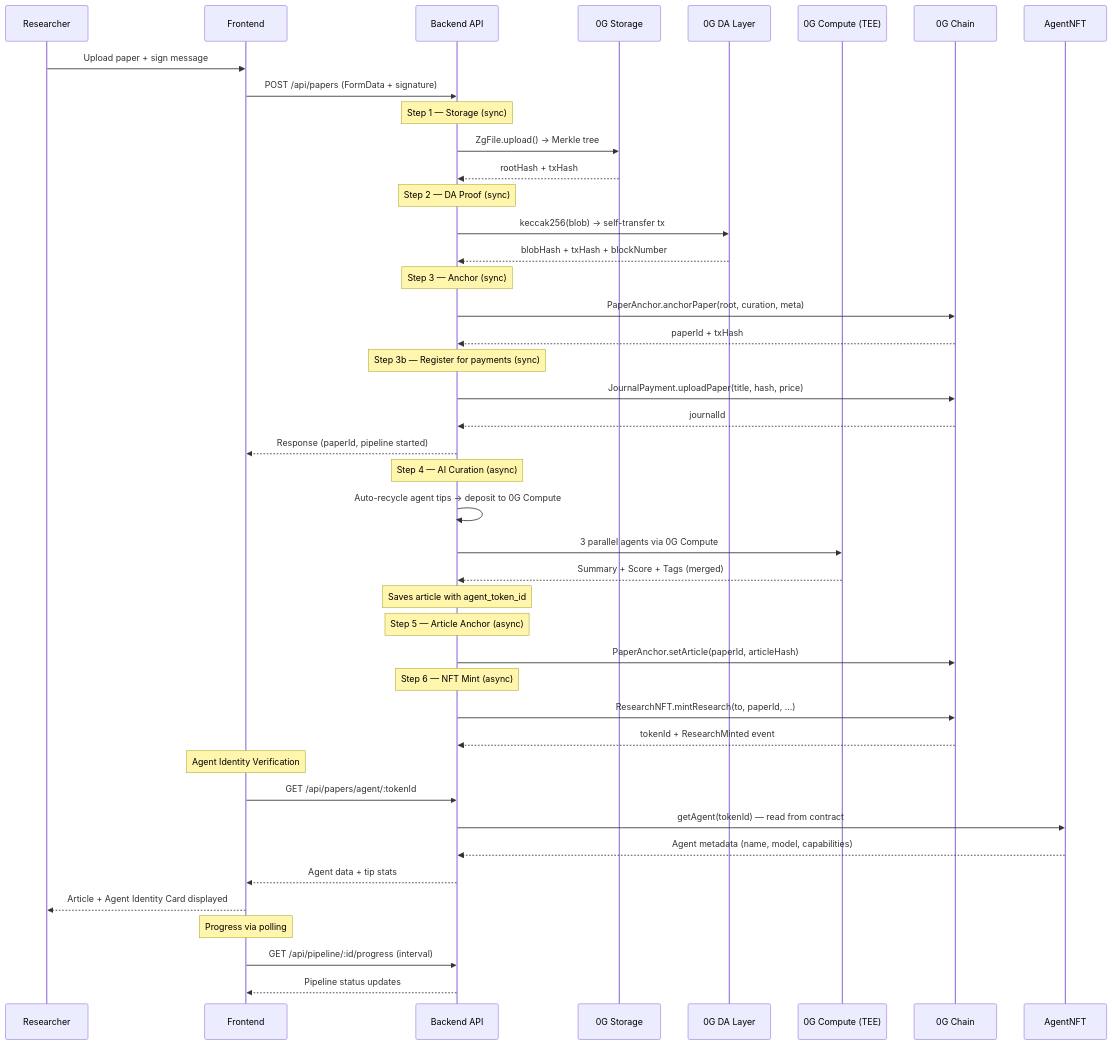
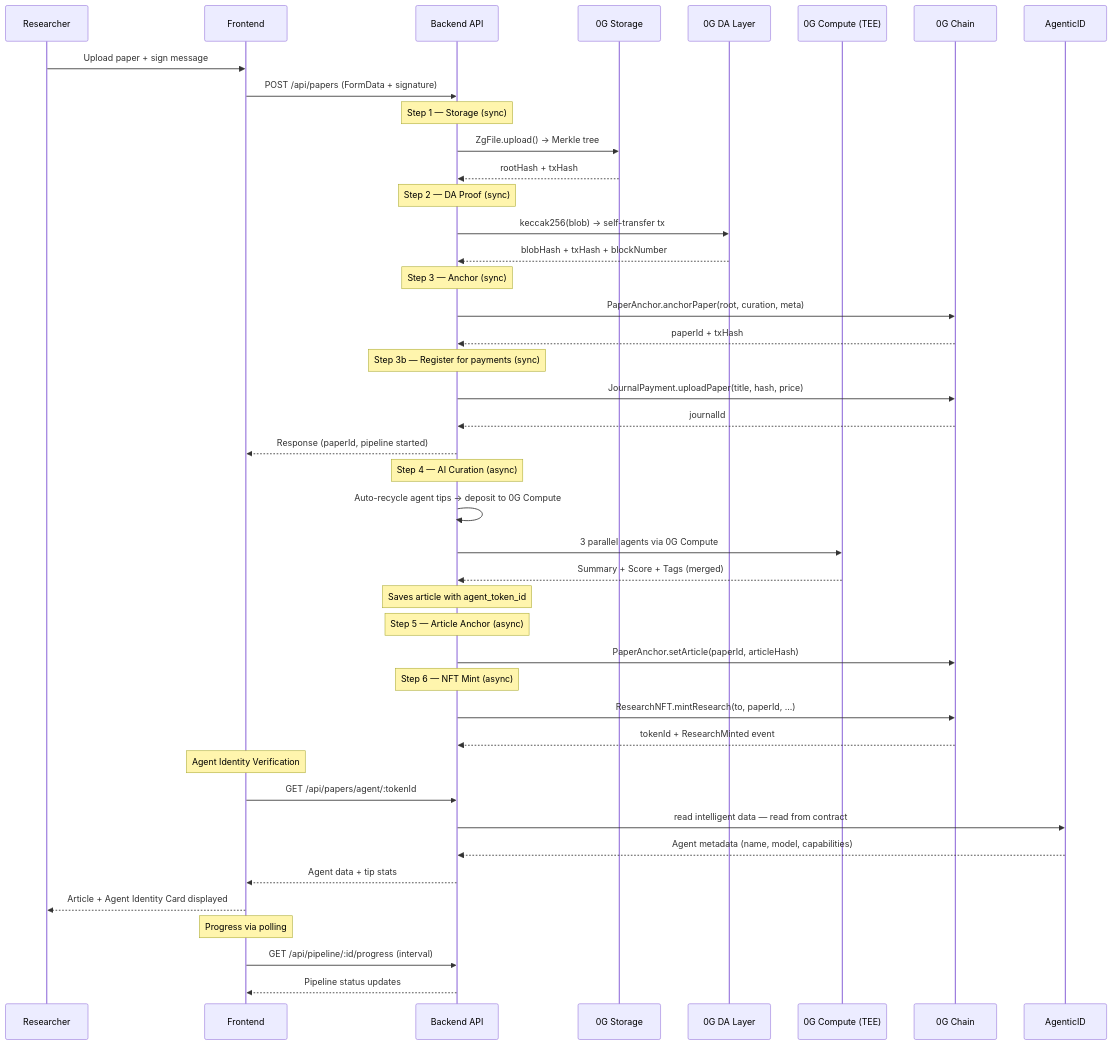
The second of 5 diagrams in README.md (dwlpra/rumah-peneliti), drawn with Mermaid before and after one commit. The commit also changed other lines of this file, not shown here.

First line of the commit message:
docs: update README — remove AgentNFT, consolidate to 0G Agentic ID (ERC-7857)

````diff
--- a/README.md
+++ b/README.md
@@ -235,55 +229,55 @@
 ```mermaid
 sequenceDiagram
     participant R as Researcher
     participant FE as Frontend
     participant BE as Backend API
     participant S as 0G Storage
     participant DA as 0G DA Layer
     participant C as 0G Compute (TEE)
     participant CH as 0G Chain
-    participant AG as AgentNFT
+    participant AG as AgenticID
 
     R->>FE: Upload paper + sign message
     FE->>BE: POST /api/papers (FormData + signature)
 
     Note over BE: Step 1 — Storage (sync)
     BE->>S: ZgFile.upload() → Merkle tree
     S-->>BE: rootHash + txHash
 
     Note over BE: Step 2 — DA Proof (sync)
     BE->>DA: keccak256(blob) → self-transfer tx
     DA-->>BE: blobHash + txHash + blockNumber
 
     Note over BE: Step 3 — Anchor (sync)
     BE->>CH: PaperAnchor.anchorPaper(root, curation, meta)
     CH-->>BE: paperId + txHash
 
     Note over BE: Step 3b — Register for payments (sync)
     BE->>CH: JournalPayment.uploadPaper(title, hash, price)
     CH-->>BE: journalId
     BE-->>FE: Response (paperId, pipeline started)
 
     Note over BE: Step 4 — AI Curation (async)
     BE->>BE: Auto-recycle agent tips → deposit to 0G Compute
     BE->>C: 3 parallel agents via 0G Compute
     C-->>BE: Summary + Score + Tags (merged)
     Note over BE: Saves article with agent_token_id
 
     Note over BE: Step 5 — Article Anchor (async)
     BE->>CH: PaperAnchor.setArticle(paperId, articleHash)
 
     Note over BE: Step 6 — NFT Mint (async)
     BE->>CH: ResearchNFT.mintResearch(to, paperId, ...)
     CH-->>BE: tokenId + ResearchMinted event
 
     Note over FE: Agent Identity Verification
     FE->>BE: GET /api/papers/agent/:tokenId
-    BE->>AG: getAgent(tokenId) — read from contract
+    BE->>AG: read intelligent data — read from contract
     AG-->>BE: Agent metadata (name, model, capabilities)
     BE-->>FE: Agent data + tip stats
     FE-->>R: Article + Agent Identity Card displayed
 
     Note over FE: Progress via polling
     FE->>BE: GET /api/pipeline/:id/progress (interval)
     BE-->>FE: Pipeline status updates
 ```
````
